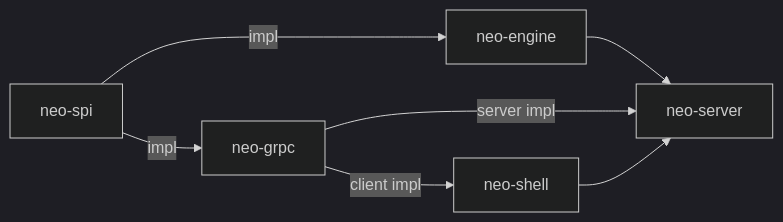
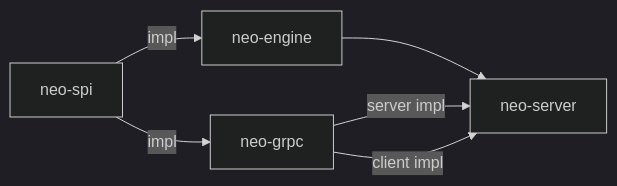
One commit to machbase/neo-server changed the diagram in README.md. Above: the diagram before and after it, drawn with Mermaid (dark theme). The commit also changed 2 other files, not shown here.

Commit message:
update dependency diagram

````diff
--- a/README.md
+++ b/README.md
@@ -23,15 +23,14 @@
 ```mermaid
 flowchart LR
 
 SPI[neo-spi] -->|impl| E
 SPI-->|impl|R
 
 E[neo-engine]
 E --> S[neo-server]
 
 R -->|server impl| S
 
-R[neo-grpc] -->|client impl| SH[neo-shell]
-SH --> S
+R[neo-grpc] -->|client impl| S[neo-server]
 
 ```
````
